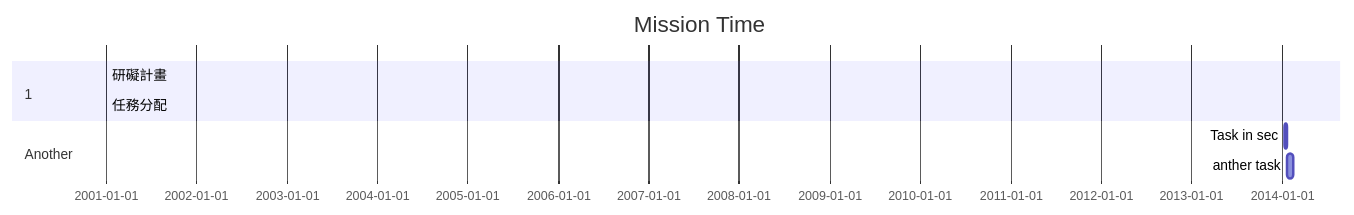
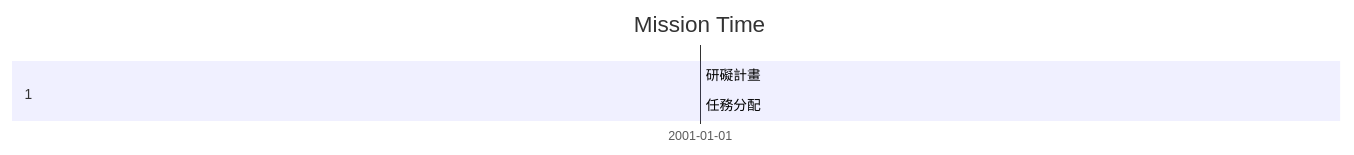
The diagram in hw2.md (Landingran/23a), drawn with Mermaid before and after one commit.

````diff
--- a/hw2.md
+++ b/hw2.md
@@ -3,11 +3,9 @@
 ```mermaid
 gantt
     title Mission Time
 
     section 1  
     研礙計畫          :a1, 1, 
     任務分配    :after a1  , 2
-    section Another
-    Task in sec      :2014-01-12  , 12d
-    anther task      : 24d
+
 ```
````
